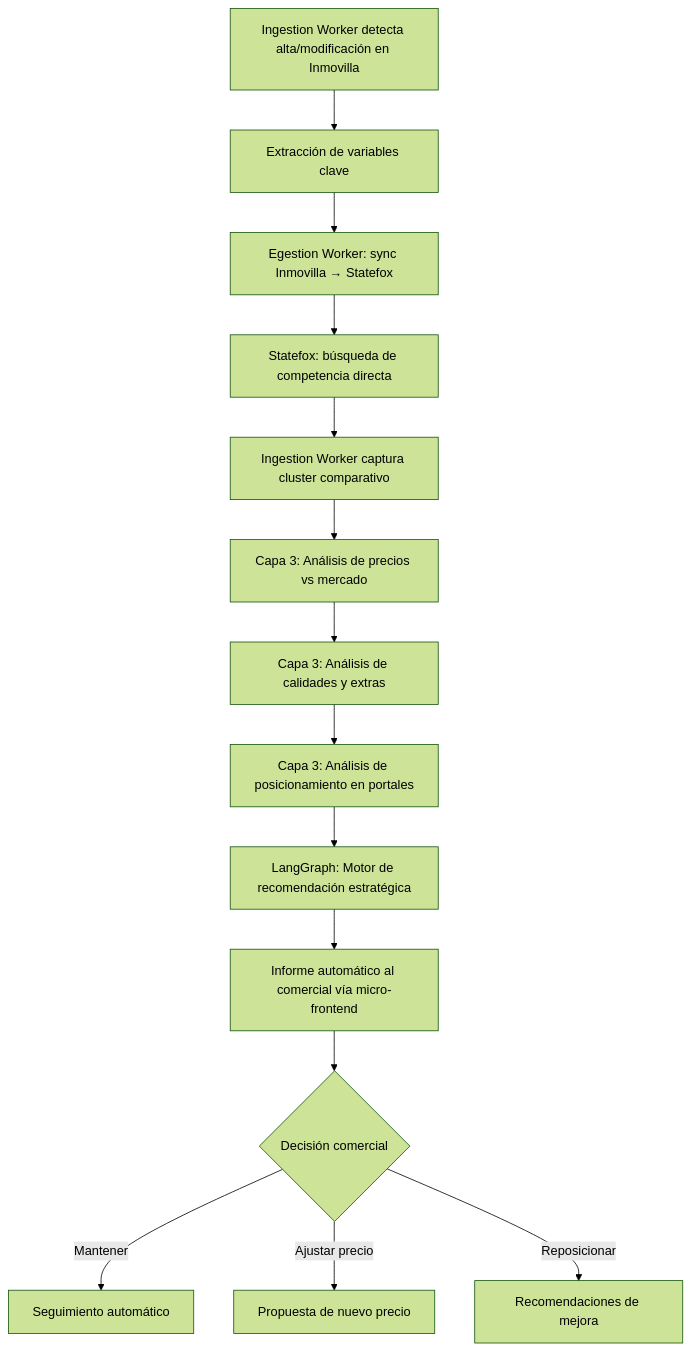
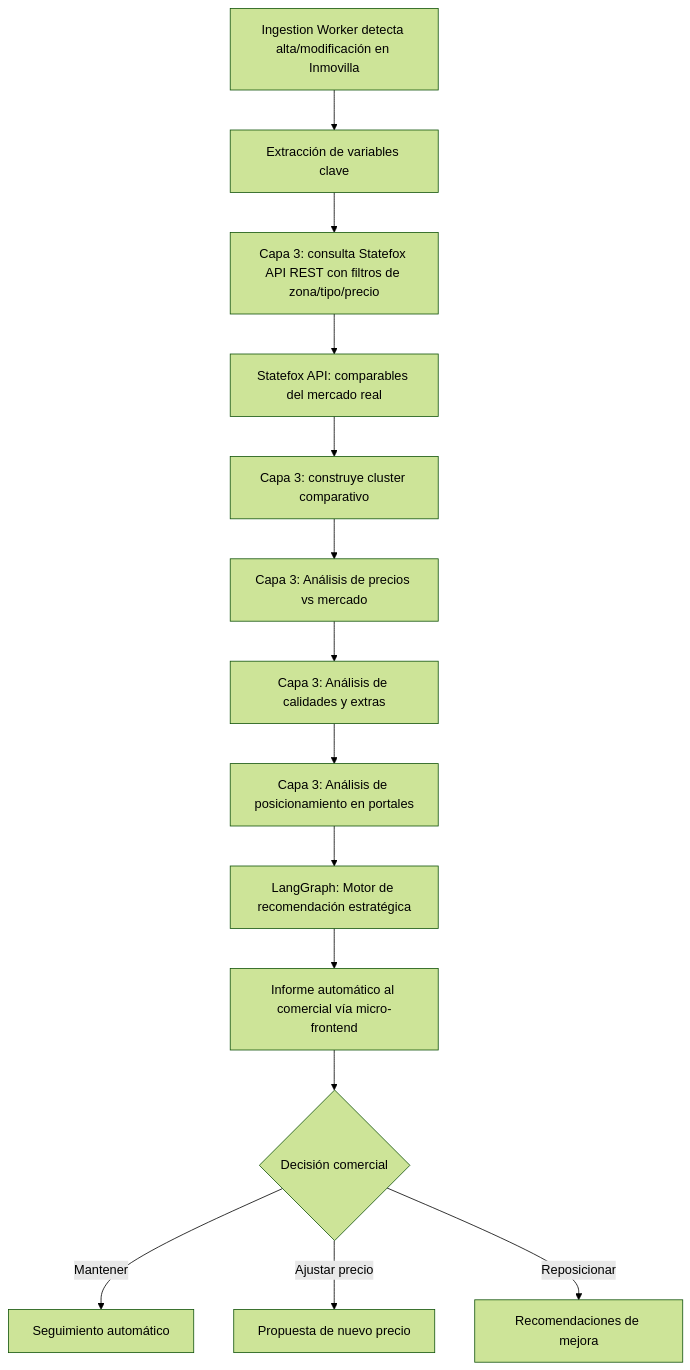
Before and after one commit to masterly14/urus: the second of 3 diagrams in README.md, drawn with Mermaid (forest theme). The commit also changed other lines of this file and 2 other files, not shown here.

First line of the commit message:
docs(M1): sincronizar plan/README con descubrimientos de APIs

````diff
--- a/README.md
+++ b/README.md
@@ -612,16 +619,16 @@
 ```mermaid
 flowchart TD
     A[Ingestion Worker detecta alta/modificación en Inmovilla] --> B[Extracción de variables clave]
-    B --> C[Egestion Worker: sync Inmovilla → Statefox]
-    C --> D[Statefox: búsqueda de competencia directa]
-    D --> E[Ingestion Worker captura cluster comparativo]
+    B --> C[Capa 3: consulta Statefox API REST con filtros de zona/tipo/precio]
+    C --> D[Statefox API: comparables del mercado real]
+    D --> E[Capa 3: construye cluster comparativo]
     E --> F[Capa 3: Análisis de precios vs mercado]
     F --> G[Capa 3: Análisis de calidades y extras]
     G --> H[Capa 3: Análisis de posicionamiento en portales]
     H --> I[LangGraph: Motor de recomendación estratégica]
     I --> J[Informe automático al comercial vía micro-frontend]
     J --> K{Decisión comercial}
     K -->|Mantener| L[Seguimiento automático]
     K -->|Ajustar precio| M[Propuesta de nuevo precio]
     K -->|Reposicionar| N[Recomendaciones de mejora]
 ```
````
